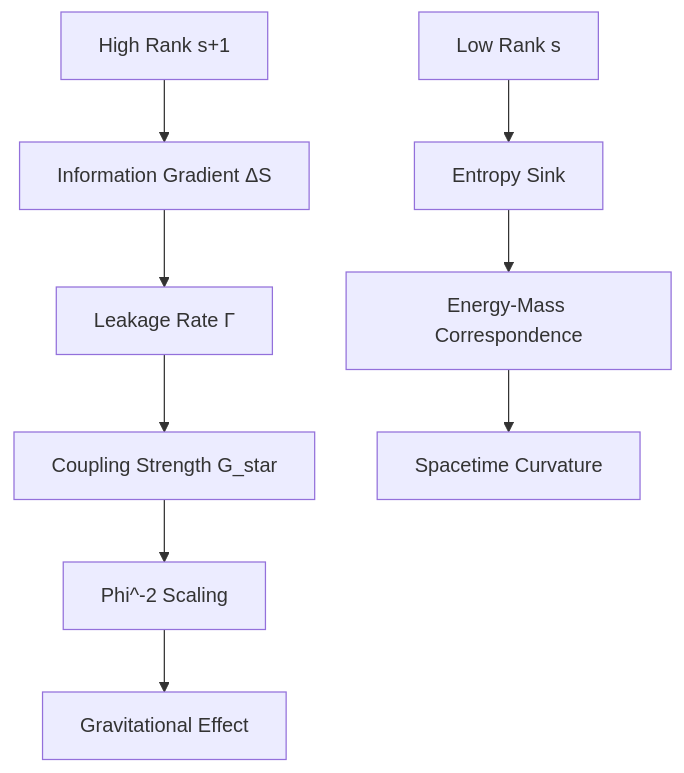
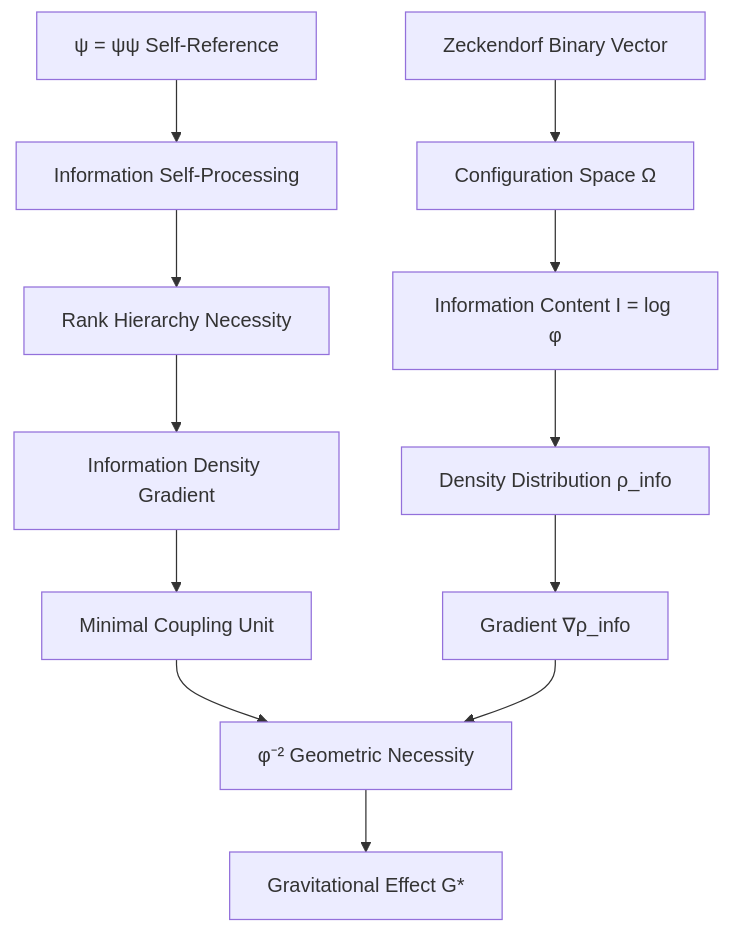
Before and after one commit to loning/the-phys: the diagram in docs/psi-constants/part-01-structural-collapse-limits/chapter-004-newton-constant-entropy-gradient.md, drawn with Mermaid. The commit also changed other lines of this file and 4 other files, not shown here.

````diff
--- a/docs/psi-constants/part-01-structural-collapse-limits/chapter-004-newton-constant-entropy-gradient.md
+++ b/docs/psi-constants/part-01-structural-collapse-limits/chapter-004-newton-constant-entropy-gradient.md
@@ -47,12 +48,15 @@
 ```mermaid
 graph TD
-    A[High Rank s+1] --> B[Information Gradient ΔS]
-    B --> C[Leakage Rate Γ]
-    C --> D[Coupling Strength G_star]
-    D --> E[Phi^-2 Scaling]
-    E --> F[Gravitational Effect]
+    A[ψ = ψψ Self-Reference] --> B[Information Self-Processing]
+    B --> C[Rank Hierarchy Necessity]
+    C --> D[Information Density Gradient]
+    D --> E[Minimal Coupling Unit]
+    E --> F[φ⁻² Geometric Necessity]
+    F --> G[Gravitational Effect G*]
     
-    G[Low Rank s] --> H[Entropy Sink]
-    H --> I[Energy-Mass Correspondence]
-    I --> J[Spacetime Curvature]
+    H[Zeckendorf Binary Vector] --> I[Configuration Space Ω]
+    I --> J[Information Content I = log φ]
+    J --> K[Density Distribution ρ_info]
+    K --> L[Gradient ∇ρ_info]
+    L --> F
 ```
````
